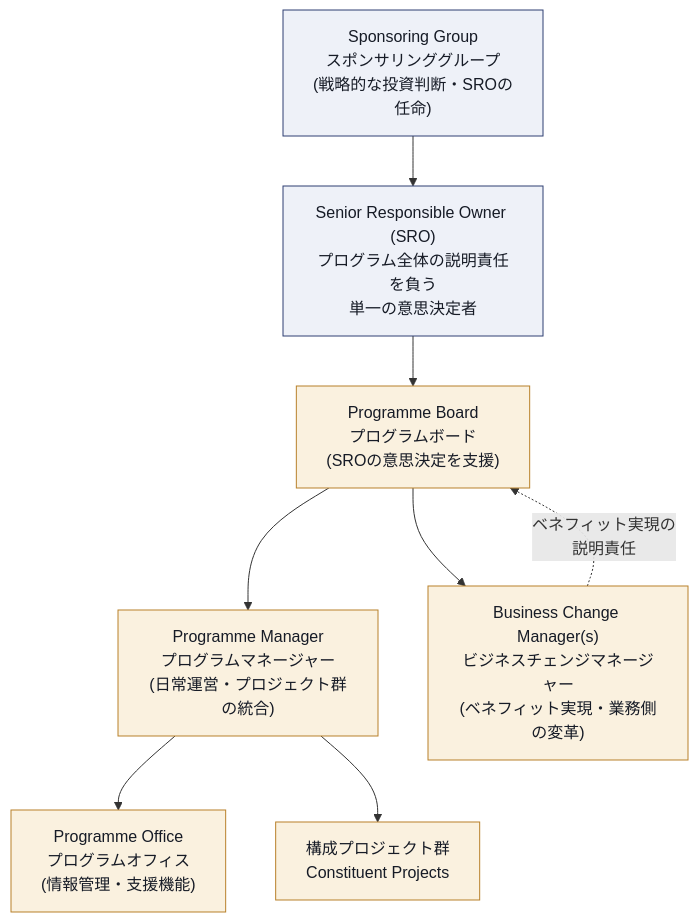
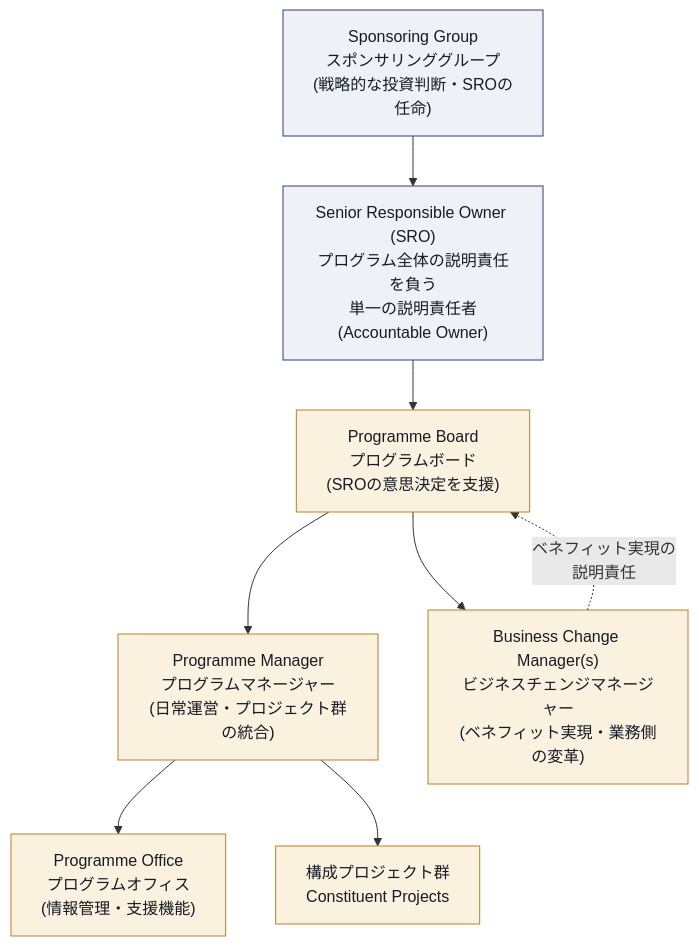
The second of 4 diagrams in Msp-practitioner-5th-edition-guide.md (myoshi2891/Management-Team-Building-Studies), drawn with Mermaid before and after one commit. The commit also changed other lines of this file and 1 other file, not shown here.

````diff
--- a/Msp-practitioner-5th-edition-guide.md
+++ b/Msp-practitioner-5th-edition-guide.md
@@ -171,23 +171,23 @@
 ```mermaid
 flowchart TB
     SG["Sponsoring Group<br/>スポンサリンググループ<br/>(戦略的な投資判断・SROの任命)"]
-    SRO["Senior Responsible Owner (SRO)<br/>プログラム全体の説明責任を負う<br/>単一の意思決定者"]
+    SRO["Senior Responsible Owner (SRO)<br/>プログラム全体の説明責任を負う<br/>単一の説明責任者(Accountable Owner)"]
     PB["Programme Board<br/>プログラムボード<br/>(SROの意思決定を支援)"]
     PM["Programme Manager<br/>プログラムマネージャー<br/>(日常運営・プロジェクト群の統合)"]
     BCM["Business Change Manager(s)<br/>ビジネスチェンジマネージャー<br/>(ベネフィット実現・業務側の変革)"]
     PO["Programme Office<br/>プログラムオフィス<br/>(情報管理・支援機能)"]
     PROJ["構成プロジェクト群<br/>Constituent Projects"]
 
     SG --> SRO
     SRO --> PB
     PB --> PM
     PB --> BCM
     PM --> PO
     PM --> PROJ
     BCM -.->|"ベネフィット実現の<br/>説明責任"| PB
 
     classDef box fill:#EEF1F8,stroke:#2E3F72,color:#161B26
     classDef hub fill:#FAF1DF,stroke:#B8802A,color:#161B26
     class SG,SRO box
     class PB,PM,BCM,PO,PROJ hub
 ```
````
